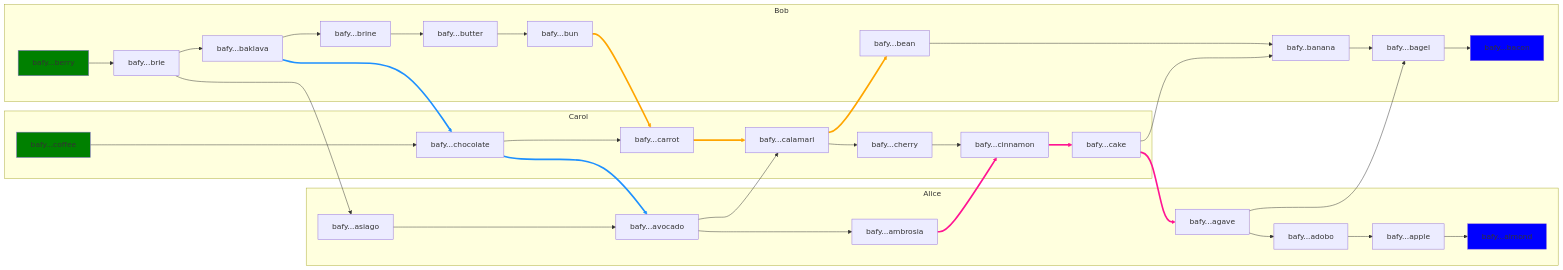
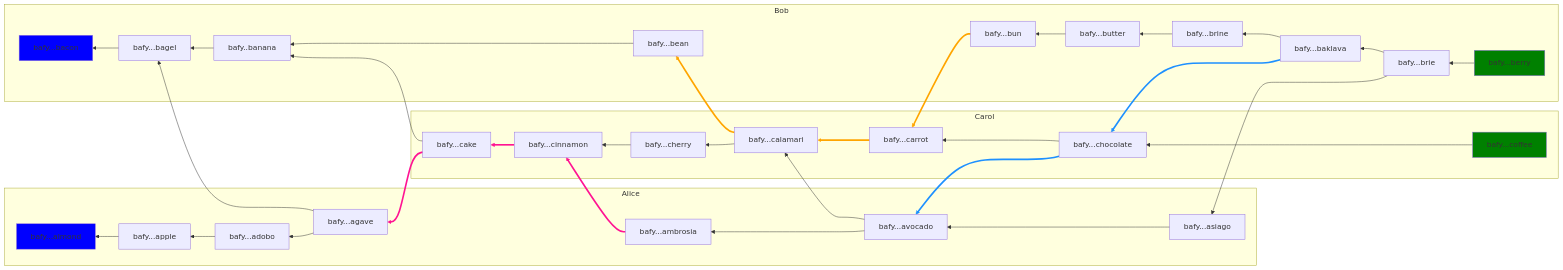
Before and after one commit to RhizomeDB/spec: the fifth of 7 diagrams in README.md, drawn with Mermaid.

Commit message:
Ooops backwards

````diff
--- a/README.md
+++ b/README.md
@@ -488,5 +488,5 @@
 ``` mermaid
-flowchart LR
+flowchart RL
     classDef genesis fill: blue;
     classDef head    fill: green;
 
````
